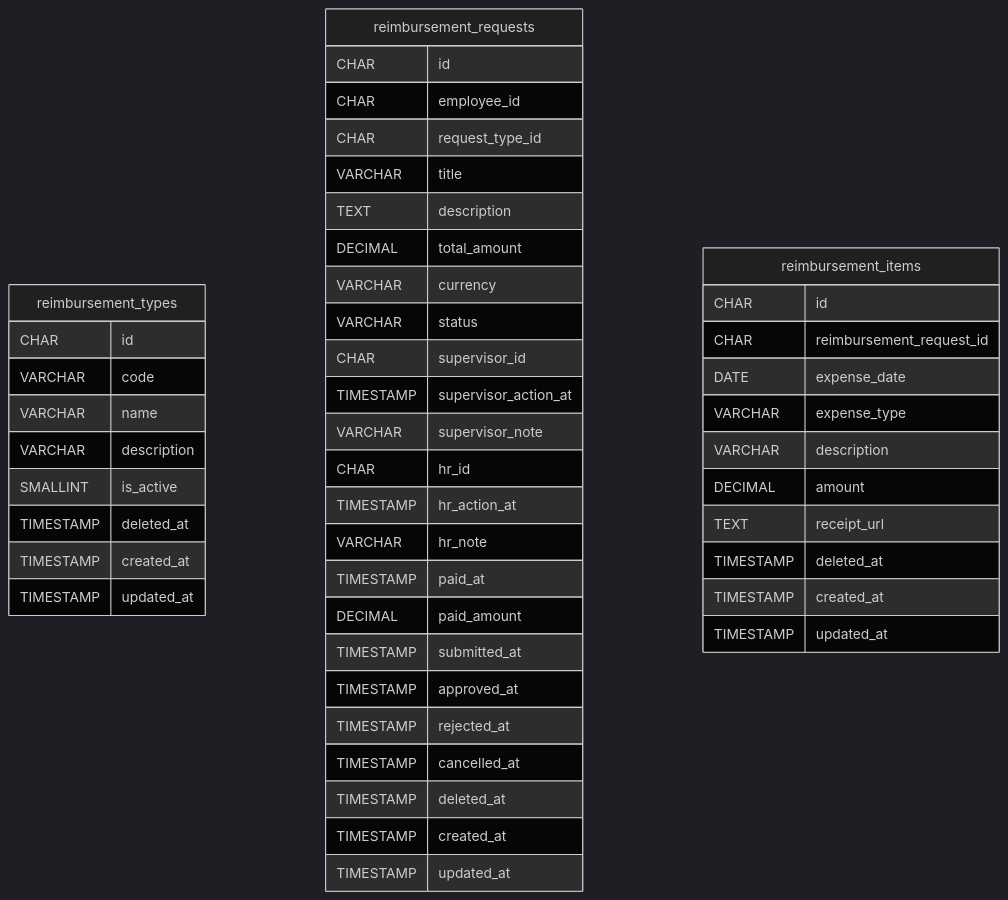
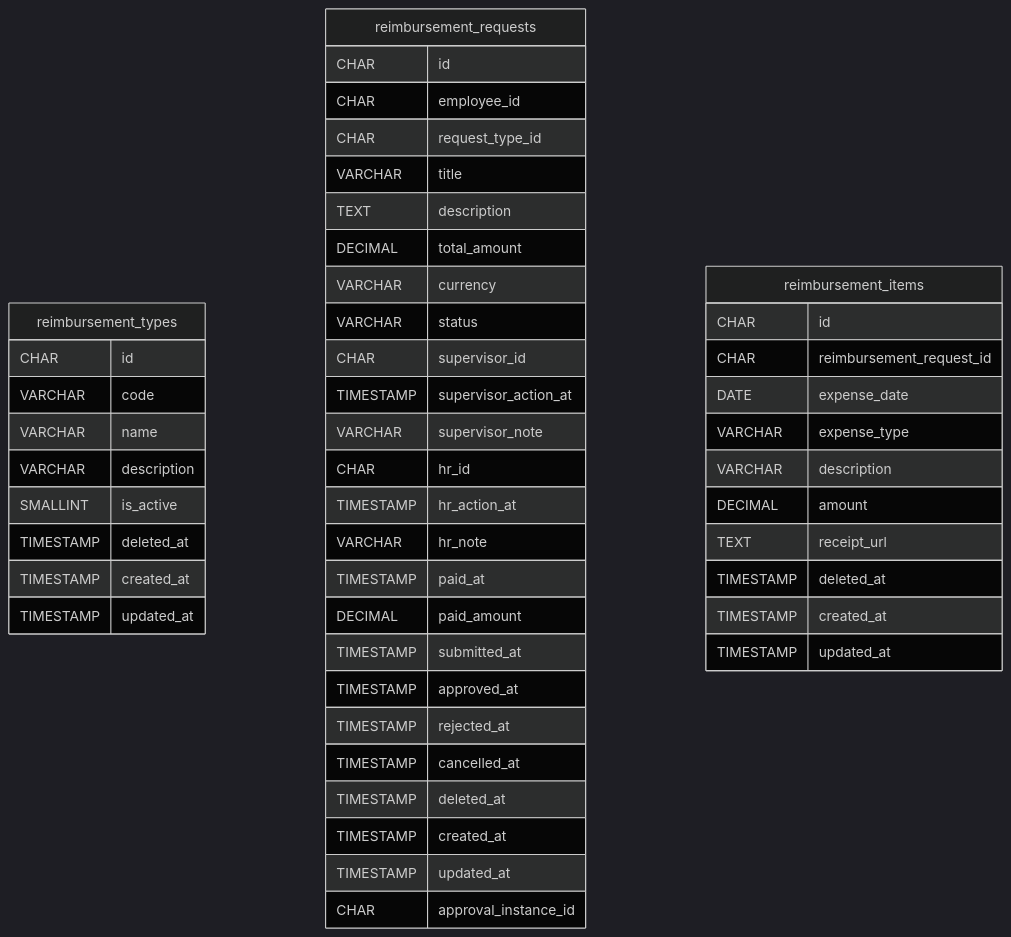
Diagram 13 of 19 in docs/database-schema.md (Inthros-Jagotama/inthros-hris-platform), drawn with Mermaid (dark theme) before and after one commit. The commit also changed other lines of this file and 27 other files, not shown here.

````diff
--- a/docs/database-schema.md
+++ b/docs/database-schema.md
@@ -2095,50 +2138,51 @@
 ```mermaid
 erDiagram
     reimbursement_types {
         CHAR id
         VARCHAR code
         VARCHAR name
         VARCHAR description
         SMALLINT is_active
         TIMESTAMP deleted_at
         TIMESTAMP created_at
         TIMESTAMP updated_at
     }
     reimbursement_requests {
         CHAR id
         CHAR employee_id
         CHAR request_type_id
         VARCHAR title
         TEXT description
         DECIMAL total_amount
         VARCHAR currency
         VARCHAR status
         CHAR supervisor_id
         TIMESTAMP supervisor_action_at
         VARCHAR supervisor_note
         CHAR hr_id
         TIMESTAMP hr_action_at
         VARCHAR hr_note
         TIMESTAMP paid_at
         DECIMAL paid_amount
         TIMESTAMP submitted_at
         TIMESTAMP approved_at
         TIMESTAMP rejected_at
         TIMESTAMP cancelled_at
         TIMESTAMP deleted_at
         TIMESTAMP created_at
         TIMESTAMP updated_at
+        CHAR approval_instance_id
     }
     reimbursement_items {
         CHAR id
         CHAR reimbursement_request_id
         DATE expense_date
         VARCHAR expense_type
         VARCHAR description
         DECIMAL amount
         TEXT receipt_url
         TIMESTAMP deleted_at
         TIMESTAMP created_at
         TIMESTAMP updated_at
     }
 ```
````
